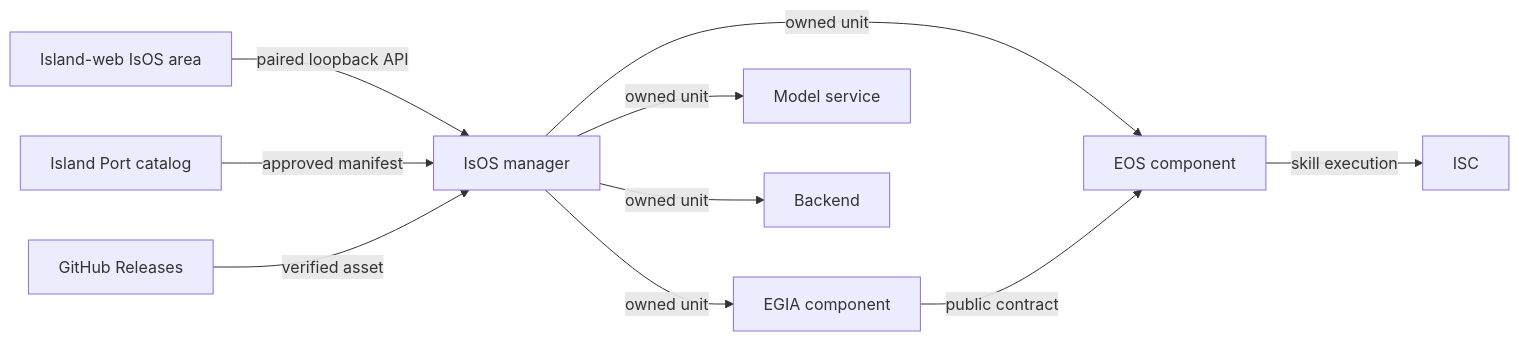
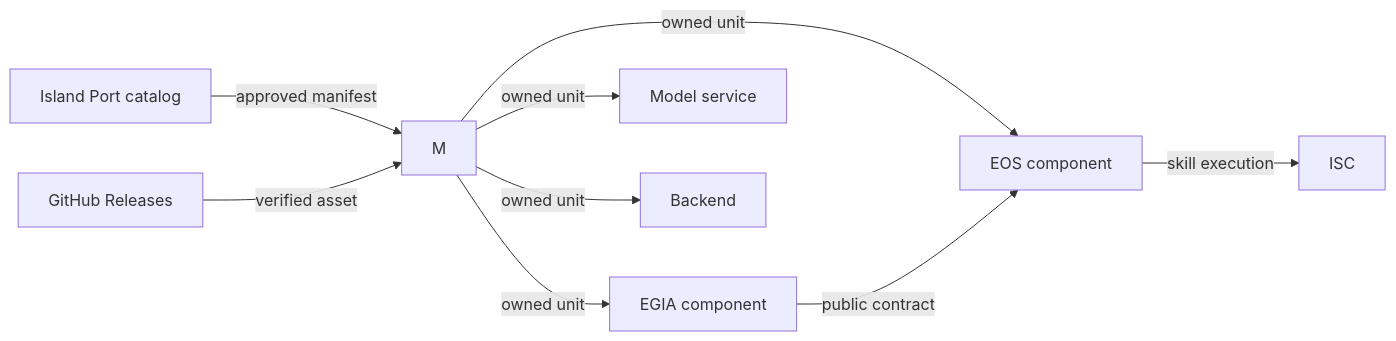
Before and after one commit to Island-Team/isos: the diagram in docs/isos/maintenance/plan.md, drawn with Mermaid. The commit also changed other lines of this file and 43 other files, not shown here.

````diff
--- a/docs/isos/maintenance/plan.md
+++ b/docs/isos/maintenance/plan.md
@@ -19,12 +19,11 @@
 ```mermaid
 flowchart LR
-  Web[Island-web IsOS area] -->|paired loopback API| M[IsOS manager]
   Port[Island Port catalog] -->|approved manifest| M
   GitHub[GitHub Releases] -->|verified asset| M
   M -->|owned unit| EOS[EOS component]
   M -->|owned unit| EGIA[EGIA component]
   M -->|owned unit| S[Model service]
   M -->|owned unit| B[Backend]
   EGIA -->|public contract| EOS
   EOS -->|skill execution| ISC[ISC]
 ```
````
